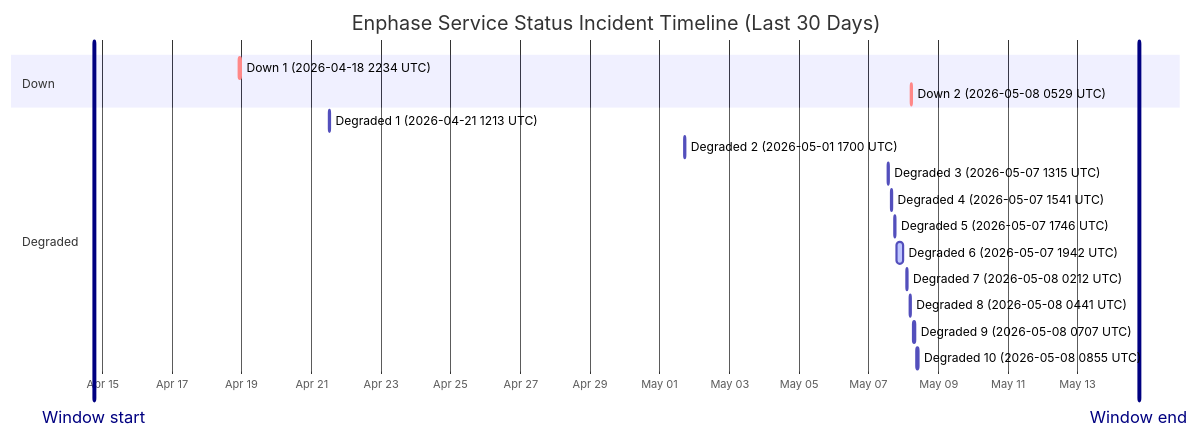
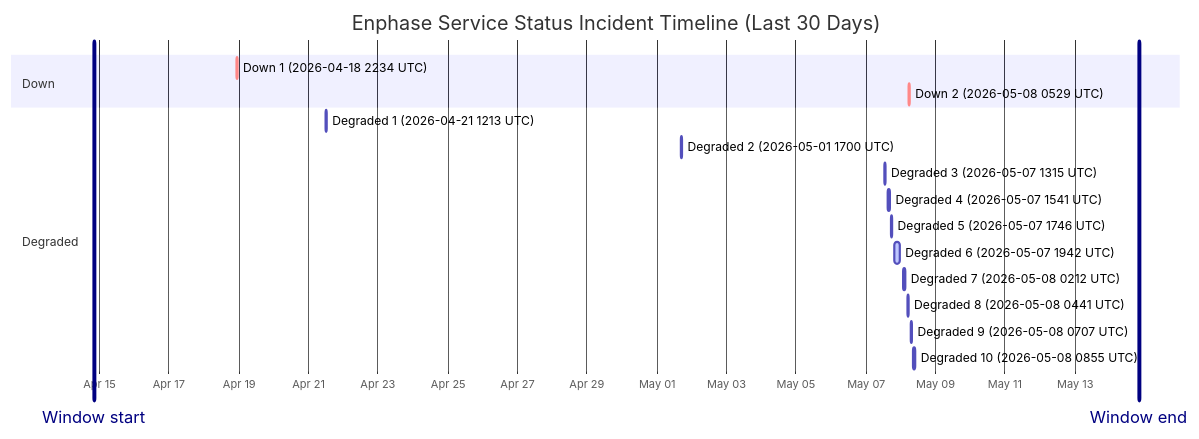
One commit to barneyonline/ha-enphase-ev-charger changed the diagram in wiki/Service-Status-History.md. Above: the diagram before and after it, drawn with Mermaid. The commit also changed other lines of this file and 3 other files, not shown here.

````diff
--- a/wiki/Service-Status-History.md
+++ b/wiki/Service-Status-History.md
@@ -14,22 +14,22 @@
 ```mermaid
 gantt
     title Enphase Service Status Incident Timeline (Last 30 Days)
     dateFormat  YYYY-MM-DDTHH:mm:ss
     axisFormat  %b %d
-    Window start :vert, window-start, 2026-04-14T18:16:34, 0ms
-    Window end :vert, window-end, 2026-05-14T18:16:34, 0ms
+    Window start :vert, window-start, 2026-04-14T20:13:22, 0ms
+    Window end :vert, window-end, 2026-05-14T20:13:22, 0ms
     section Down
     Down 1 (2026-04-18 2234 UTC) :crit, down-1, 2026-04-18T22:34:13, 60m
     Down 2 (2026-05-08 0529 UTC) :crit, down-2, 2026-05-08T05:29:47, 60m
     section Degraded
     Degraded 1 (2026-04-21 1213 UTC) :active, degraded-1, 2026-04-21T12:13:11, 60m
     Degraded 2 (2026-05-01 1700 UTC) :active, degraded-2, 2026-05-01T17:00:22, 60m
     Degraded 3 (2026-05-07 1315 UTC) :active, degraded-3, 2026-05-07T13:15:25, 60m
     Degraded 4 (2026-05-07 1541 UTC) :active, degraded-4, 2026-05-07T15:41:58, 60m
     Degraded 5 (2026-05-07 1746 UTC) :active, degraded-5, 2026-05-07T17:46:51, 60m
     Degraded 6 (2026-05-07 1942 UTC) :active, degraded-6, 2026-05-07T19:42:10, 249m
     Degraded 7 (2026-05-08 0212 UTC) :active, degraded-7, 2026-05-08T02:12:39, 60m
     Degraded 8 (2026-05-08 0441 UTC) :active, degraded-8, 2026-05-08T04:41:46, 60m
     Degraded 9 (2026-05-08 0707 UTC) :active, degraded-9, 2026-05-08T07:07:30, 60m
     Degraded 10 (2026-05-08 0855 UTC) :active, degraded-10, 2026-05-08T08:55:20, 88m
 ```
````
